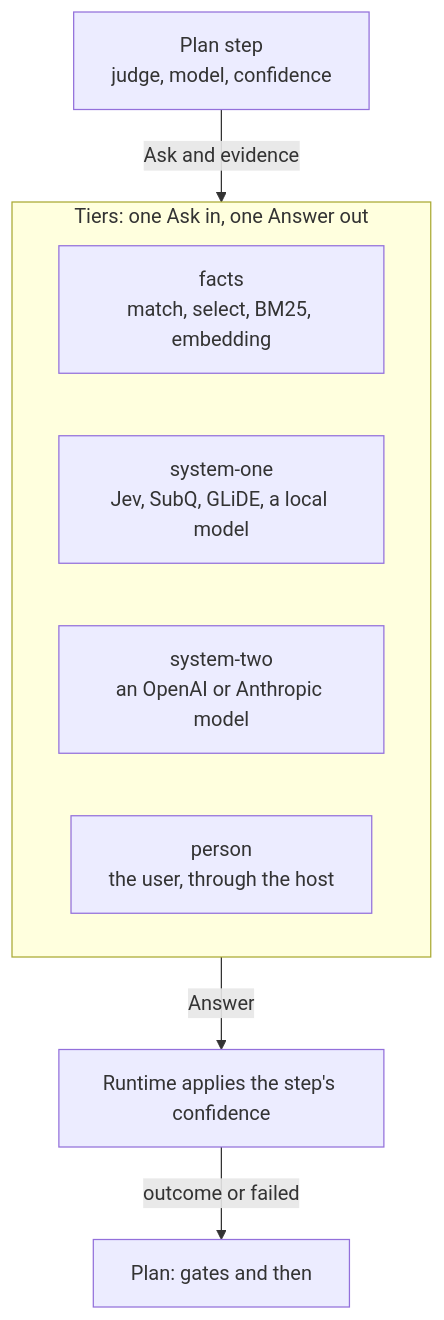
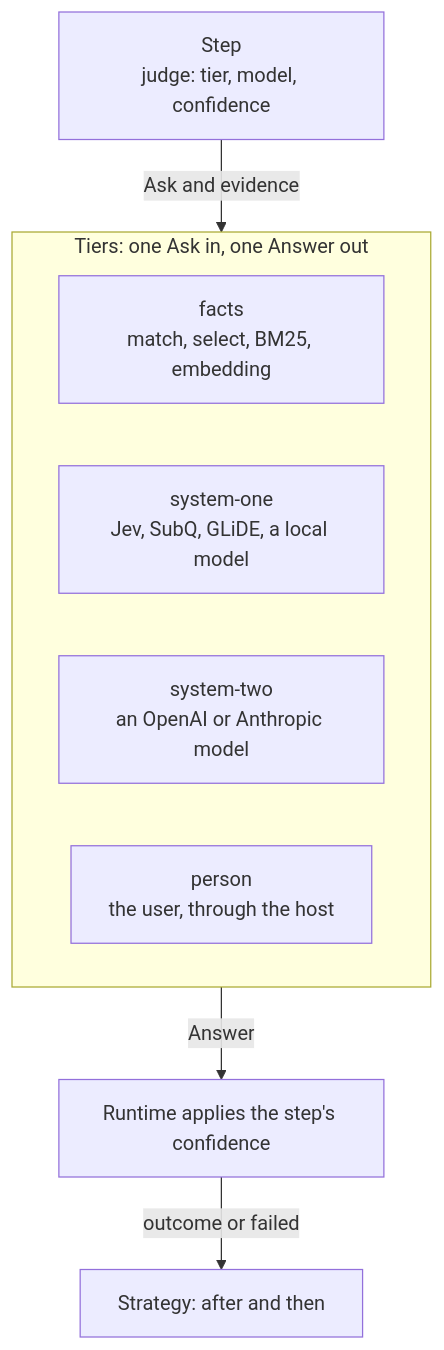
One commit to StevenJPx2/chauffeur changed the sixth of 7 diagrams in docs/plans/pluggability.md. Above: the diagram before and after it, drawn with Mermaid. The commit also changed other lines of this file and 1 other file, not shown here.

First line of the commit message:
docs(plans): rule layout with judges, asks and strategy; after replaces gates; slice 1 rewrite

````diff
--- a/docs/plans/pluggability.md
+++ b/docs/plans/pluggability.md
@@ -251,12 +254,12 @@
 ```mermaid
 flowchart TB
-    Step["Plan step<br/>judge, model, confidence"] -- "Ask and evidence" --> Tiers
+    Step["Step<br/>judge: tier, model, confidence"] -- "Ask and evidence" --> Tiers
     subgraph Tiers["Tiers: one Ask in, one Answer out"]
         Facts["facts<br/>match, select, BM25, embedding"]
         S1["system-one<br/>Jev, SubQ, GLiDE, a local model"]
         S2["system-two<br/>an OpenAI or Anthropic model"]
         Person["person<br/>the user, through the host"]
     end
     Tiers -- "Answer" --> Confidence["Runtime applies the step's confidence"]
-    Confidence -- "outcome or failed" --> Plan["Plan: gates and then"]
+    Confidence -- "outcome or failed" --> Plan["Strategy: after and then"]
 ```
````
